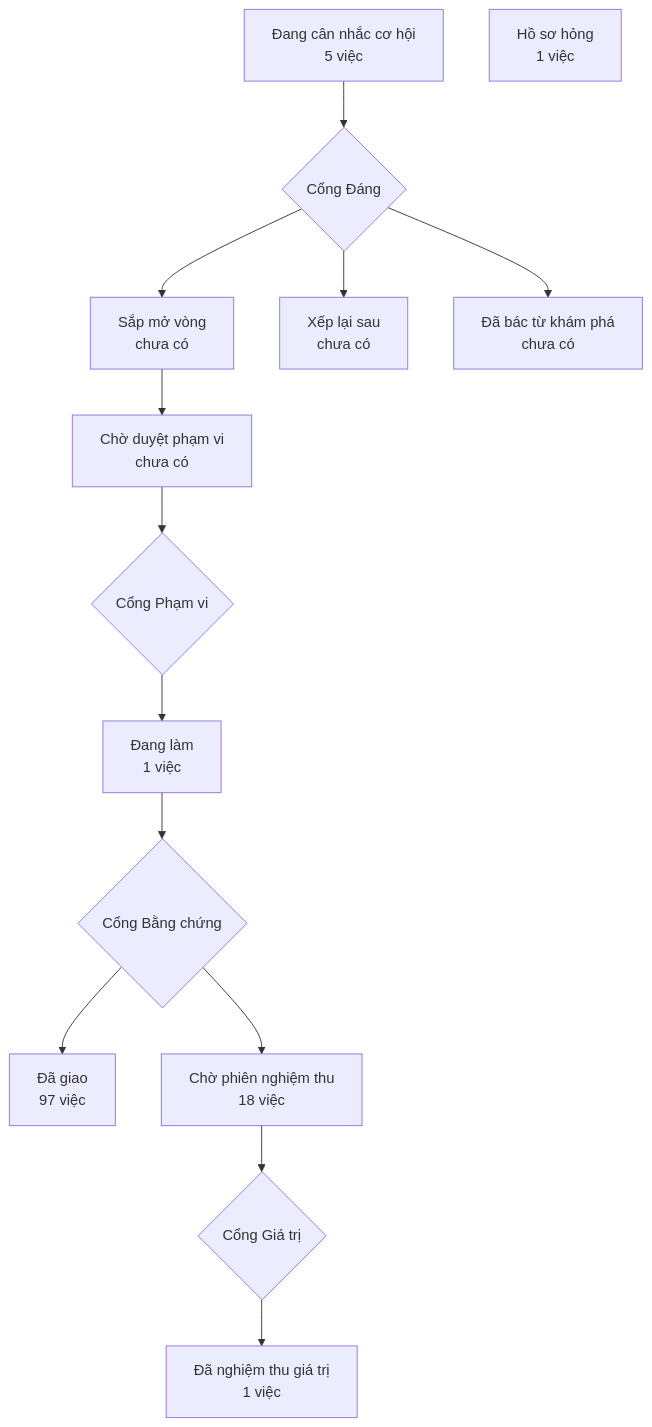
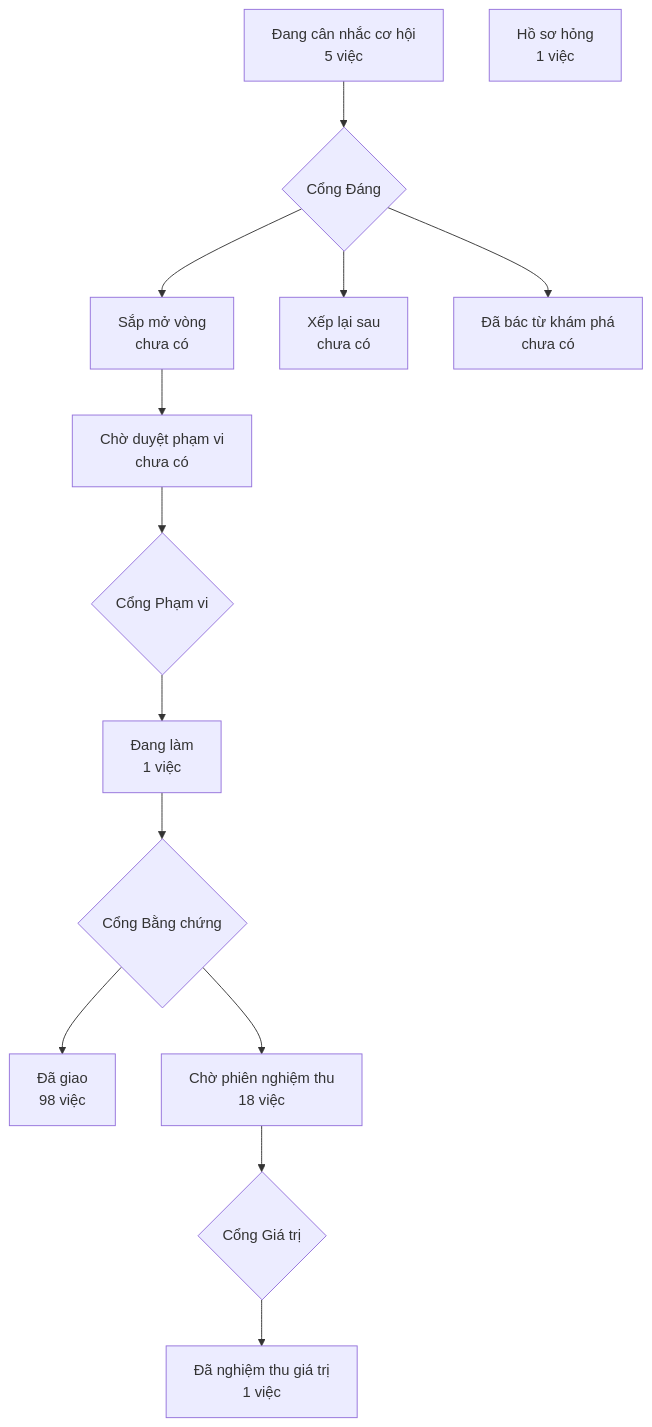
One commit to phanlemanh/crm-onehub changed the diagram in PRODUCT-MAP.md. Above: the diagram before and after it, drawn with Mermaid.

Commit message:
map(slack-thieu-quyen-email): vẽ lại bản đồ sau gộp onehub

````diff
--- a/PRODUCT-MAP.md
+++ b/PRODUCT-MAP.md
@@ -6,13 +6,13 @@
 ```mermaid
 flowchart TD
   A["Đang cân nhắc cơ hội<br/>5 việc"] --> GD{"Cổng Đáng"}
   GD --> B["Sắp mở vòng<br/>chưa có"]
   GD --> XL["Xếp lại sau<br/>chưa có"]
   GD --> DB["Đã bác từ khám phá<br/>chưa có"]
   B --> CD["Chờ duyệt phạm vi<br/>chưa có"] --> GP{"Cổng Phạm vi"}
   GP --> DL["Đang làm<br/>1 việc"] --> GB{"Cổng Bằng chứng"}
-  GB --> DG["Đã giao<br/>97 việc"]
+  GB --> DG["Đã giao<br/>98 việc"]
   GB --> CN["Chờ phiên nghiệm thu<br/>18 việc"] --> GG{"Cổng Giá trị"}
   GG --> NT["Đã nghiệm thu giá trị<br/>1 việc"]
   HS["Hồ sơ hỏng<br/>1 việc"]
 ```
````
